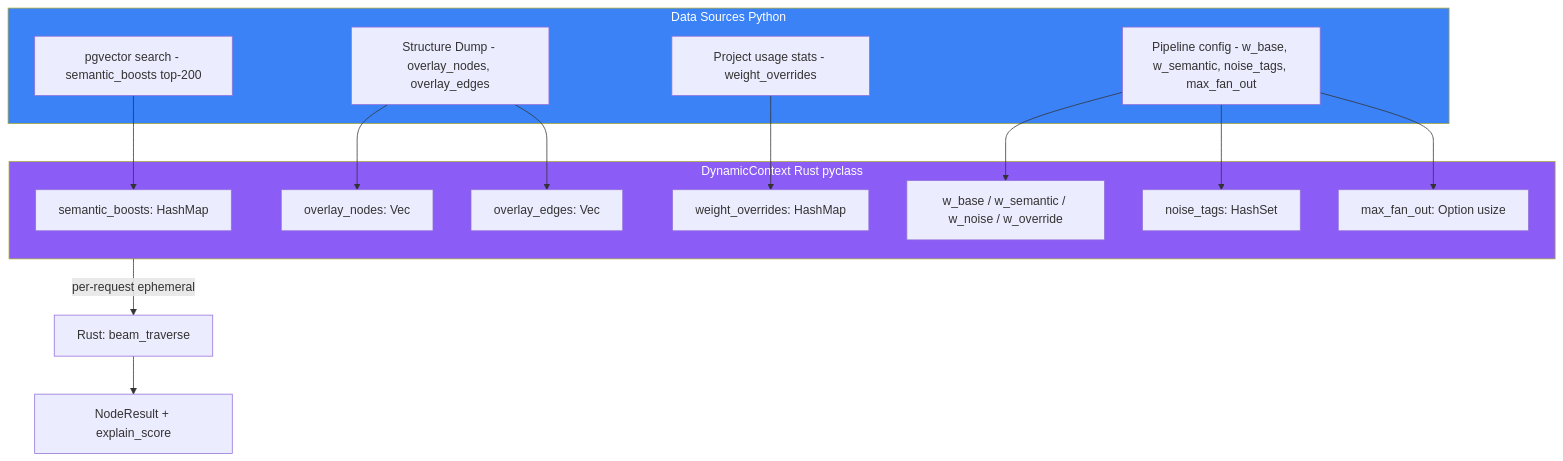
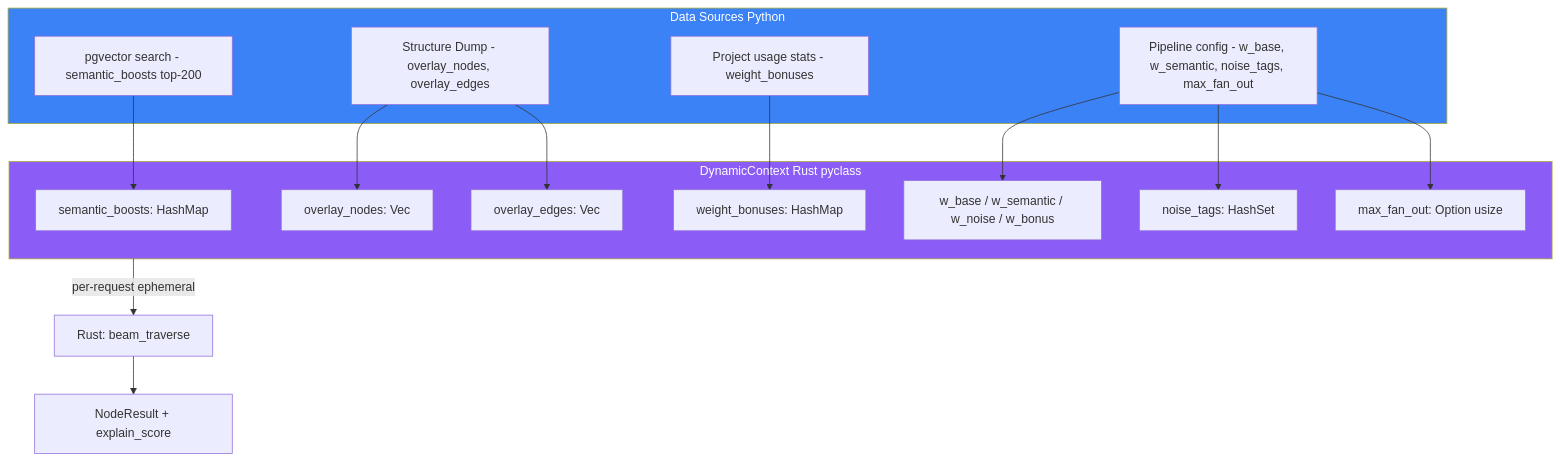
One commit to Mad1ay/orpheusgraph changed the fourth of 7 diagrams in docs/diagrams.md. Above: the diagram before and after it, drawn with Mermaid. The commit also changed 6 other files, not shown here.

````diff
--- a/docs/diagrams.md
+++ b/docs/diagrams.md
@@ -149,34 +149,34 @@
 ```mermaid
 flowchart TB
     subgraph Sources["Data Sources Python"]
         VEC["pgvector search - semantic_boosts top-200"]
         DUMP["Structure Dump - overlay_nodes, overlay_edges"]
-        STATS["Project usage stats - weight_overrides"]
+        STATS["Project usage stats - weight_bonuses"]
         CONFIG["Pipeline config - w_base, w_semantic, noise_tags, max_fan_out"]
     end
 
     subgraph CTX["DynamicContext Rust pyclass"]
         SB["semantic_boosts: HashMap"]
         ON["overlay_nodes: Vec"]
         OE["overlay_edges: Vec"]
-        WO["weight_overrides: HashMap"]
-        WC["w_base / w_semantic / w_noise / w_override"]
+        WO["weight_bonuses: HashMap"]
+        WC["w_base / w_semantic / w_noise / w_bonus"]
         NT["noise_tags: HashSet"]
         MF["max_fan_out: Option usize"]
     end
 
     VEC --> SB
     DUMP --> ON
     DUMP --> OE
     STATS --> WO
     CONFIG --> WC
     CONFIG --> NT
     CONFIG --> MF
 
     CTX -->|"per-request ephemeral"| RUST["Rust: beam_traverse"]
 
     RUST --> RESULT["NodeResult + explain_score"]
 
     style CTX fill:#8b5cf6,color:#fff
     style Sources fill:#3b82f6,color:#fff
 ```
````
